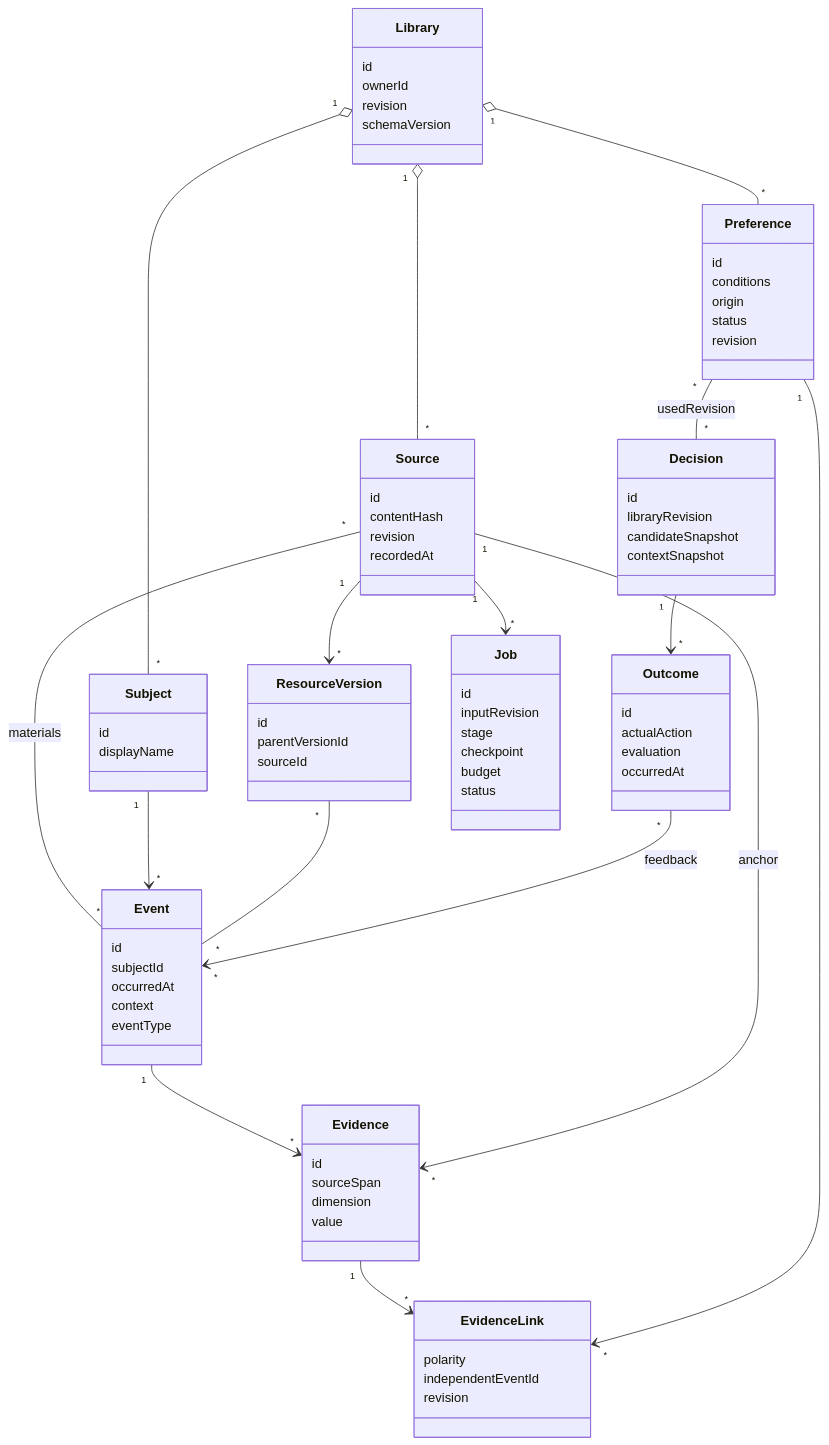
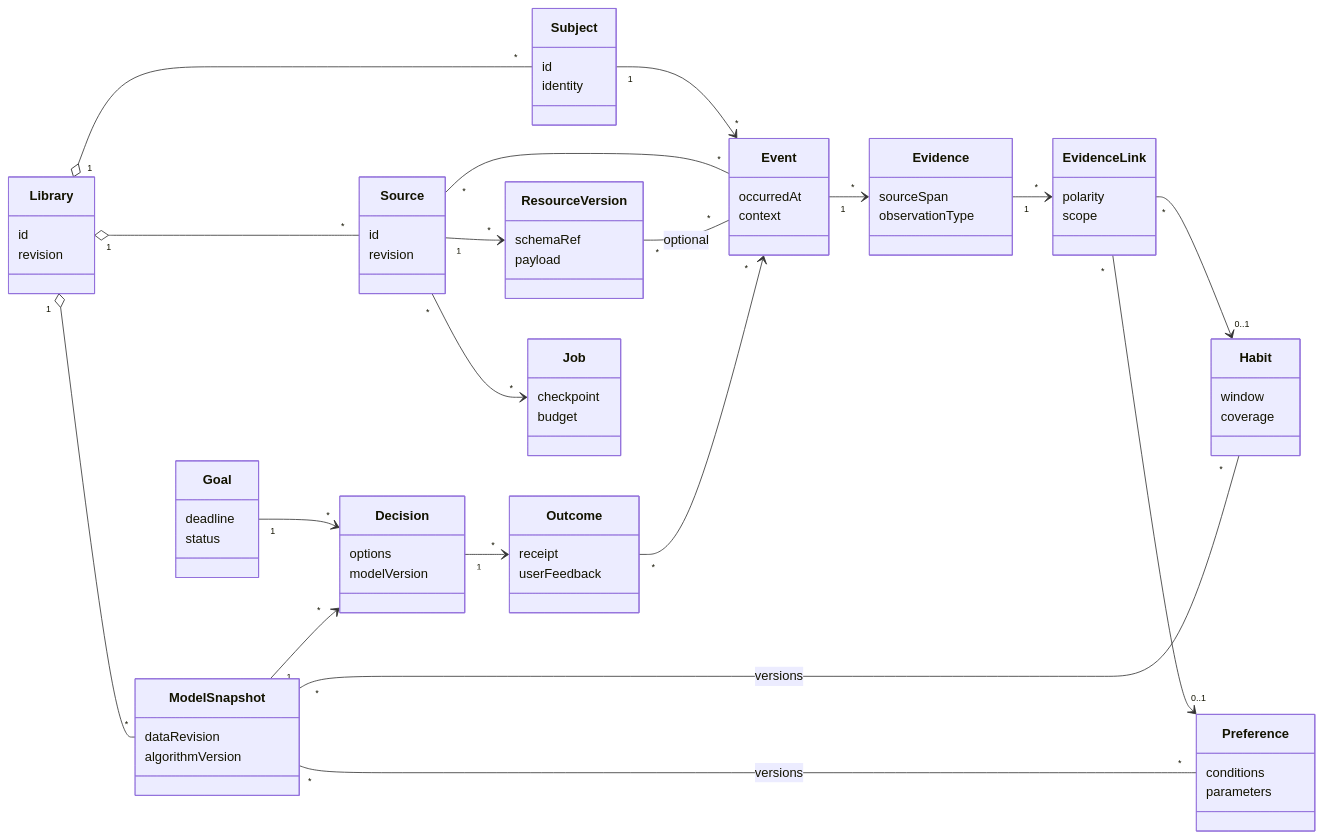
One commit to 155TuT/2601-fzu-SoftwareEngineering-YuezhongWu changed the second of 3 diagrams in homework/team/task5/ans/prd.md. Above: the diagram before and after it, drawn with Mermaid. The commit also changed other lines of this file and 1 other file, not shown here.

````diff
--- a/homework/team/task5/ans/prd.md
+++ b/homework/team/task5/ans/prd.md
@@ -400,84 +235,78 @@
 ```mermaid
 classDiagram
+    direction LR
     class Library {
         id
-        ownerId
         revision
-        schemaVersion
     }
     class Subject {
         id
-        displayName
+        identity
     }
     class Source {
         id
-        contentHash
         revision
-        recordedAt
     }
     class ResourceVersion {
-        id
-        parentVersionId
-        sourceId
+        schemaRef
+        payload
     }
     class Event {
-        id
-        subjectId
         occurredAt
         context
-        eventType
     }
     class Evidence {
-        id
         sourceSpan
-        dimension
-        value
+        observationType
     }
     class EvidenceLink {
         polarity
-        independentEventId
-        revision
+        scope
+    }
+    class Habit {
+        window
+        coverage
     }
     class Preference {
-        id
         conditions
-        origin
+        parameters
+    }
+    class ModelSnapshot {
+        dataRevision
+        algorithmVersion
+    }
+    class Goal {
+        deadline
         status
-        revision
     }
     class Decision {
-        id
-        libraryRevision
-        candidateSnapshot
-        contextSnapshot
+        options
+        modelVersion
     }
     class Outcome {
-        id
-        actualAction
-        evaluation
-        occurredAt
+        receipt
+        userFeedback
     }
     class Job {
-        id
-        inputRevision
-        stage
         checkpoint
         budget
-        status
     }
     Library "1" o-- "*" Subject
     Library "1" o-- "*" Source
-    Library "1" o-- "*" Preference
-    Source "*" -- "*" Event : materials
+    Library "1" o-- "*" ModelSnapshot
+    Subject "1" --> "*" Event
+    Source "*" -- "*" Event
     Source "1" --> "*" ResourceVersion
-    Subject "1" --> "*" Event
+    ResourceVersion "*" -- "*" Event : optional
     Event "1" --> "*" Evidence
-    Source "1" --> "*" Evidence : anchor
     Evidence "1" --> "*" EvidenceLink
-    Preference "1" --> "*" EvidenceLink
-    ResourceVersion "*" -- "*" Event
-    Preference "*" -- "*" Decision : usedRevision
+    EvidenceLink "*" --> "0..1" Habit
+    EvidenceLink "*" --> "0..1" Preference
+    ModelSnapshot "*" -- "*" Habit : versions
+    ModelSnapshot "*" -- "*" Preference : versions
+    Goal "1" --> "*" Decision
+    ModelSnapshot "1" --> "*" Decision
     Decision "1" --> "*" Outcome
-    Outcome "*" --> "*" Event : feedback
-    Source "1" --> "*" Job
+    Outcome "*" --> "*" Event
+    Source "*" --> "*" Job
 ```
````
